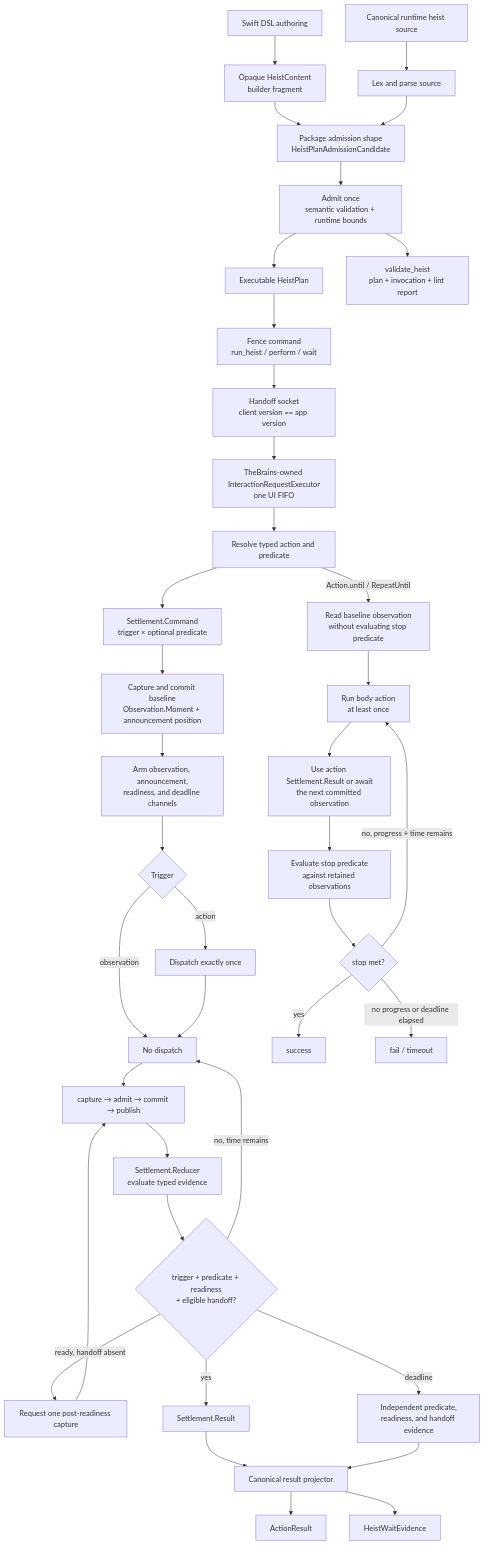
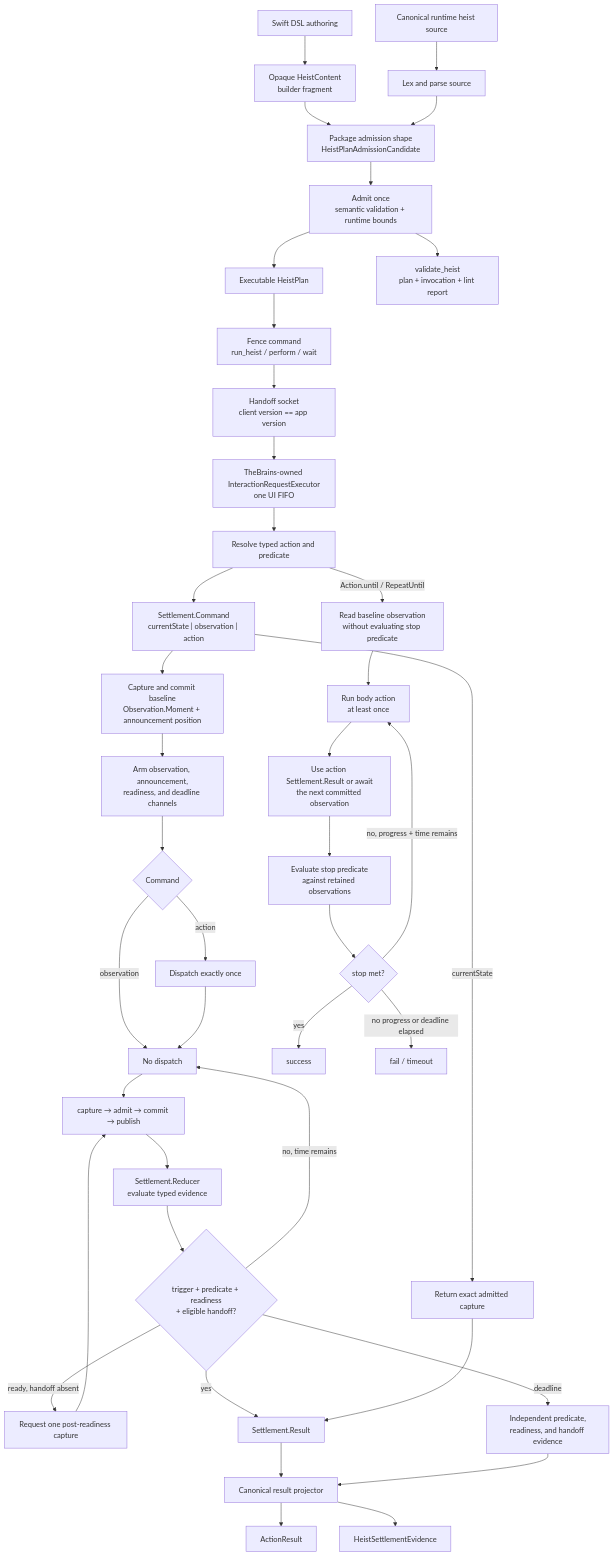
The diagram in docs/ARCHITECTURE.md (RoyalPineapple/TheButtonHeist), drawn with Mermaid before and after one commit. The commit also changed other lines of this file and 150 other files, not shown here.

````diff
--- a/docs/ARCHITECTURE.md
+++ b/docs/ARCHITECTURE.md
@@ -599,43 +610,45 @@
 ```mermaid
 flowchart TD
     SwiftAuthor["Swift DSL authoring"] --> Fragment["Opaque HeistContent<br/>builder fragment"]
     SourceAuthor["Canonical runtime heist source"] --> Parse["Lex and parse source"]
     Fragment --> Candidate["Package admission shape<br/>HeistPlanAdmissionCandidate"]
     Parse --> Candidate
     Candidate --> Validate["Admit once<br/>semantic validation + runtime bounds"]
     Validate --> Plan["Executable HeistPlan"]
     Validate --> OfflineReport["validate_heist<br/>plan + invocation + lint report"]
     Plan --> FenceCommand["Fence command<br/>run_heist / perform / wait"]
     FenceCommand --> HandoffSocket["Handoff socket<br/>client version == app version"]
     HandoffSocket --> Executor["TheBrains-owned InteractionRequestExecutor<br/>one UI FIFO"]
 
     Executor --> Resolve["Resolve typed action and predicate"]
-    Resolve --> Command["Settlement.Command<br/>trigger × optional predicate"]
+    Resolve --> Command["Settlement.Command<br/>currentState | observation | action"]
     Command --> Baseline["Capture and commit baseline<br/>Observation.Moment + announcement position"]
+    Command -->|currentState| Current["Return exact admitted capture"]
     Baseline --> Arm["Arm observation, announcement,<br/>readiness, and deadline channels"]
-    Arm --> Trigger{"Trigger"}
+    Arm --> Trigger{"Command"}
     Trigger -->|action| Dispatch["Dispatch exactly once"]
     Trigger -->|observation| Observe["No dispatch"]
     Dispatch --> Observe
     Observe --> Commit["capture → admit → commit → publish"]
     Commit --> Reduce["Settlement.Reducer<br/>evaluate typed evidence"]
     Reduce --> Ready{"trigger + predicate + readiness<br/>+ eligible handoff?"}
     Ready -->|no, time remains| Observe
     Ready -->|ready, handoff absent| Handoff["Request one post-readiness capture"]
     Handoff --> Commit
     Ready -->|yes| Result["Settlement.Result"]
     Ready -->|deadline| TimedOut["Independent predicate,<br/>readiness, and handoff evidence"]
+    Current --> Result
     Result --> Project["Canonical result projector"]
     TimedOut --> Project
     Project --> ActionResult["ActionResult"]
-    Project --> WaitResult["HeistWaitEvidence"]
+    Project --> WaitResult["HeistSettlementEvidence"]
 
     Resolve -->|Action.until / RepeatUntil| LoopBaseline["Read baseline observation<br/>without evaluating stop predicate"]
     LoopBaseline --> RunBody["Run body action<br/>at least once"]
     RunBody --> ProgressGate["Use action Settlement.Result or await<br/>the next committed observation"]
     ProgressGate --> EvaluateStop["Evaluate stop predicate<br/>against retained observations"]
     EvaluateStop --> StopMet{"stop met?"}
     StopMet -->|yes| Done["success"]
     StopMet -->|no, progress + time remains| RunBody
     StopMet -->|no progress or deadline elapsed| Fail["fail / timeout"]
 ```
````
